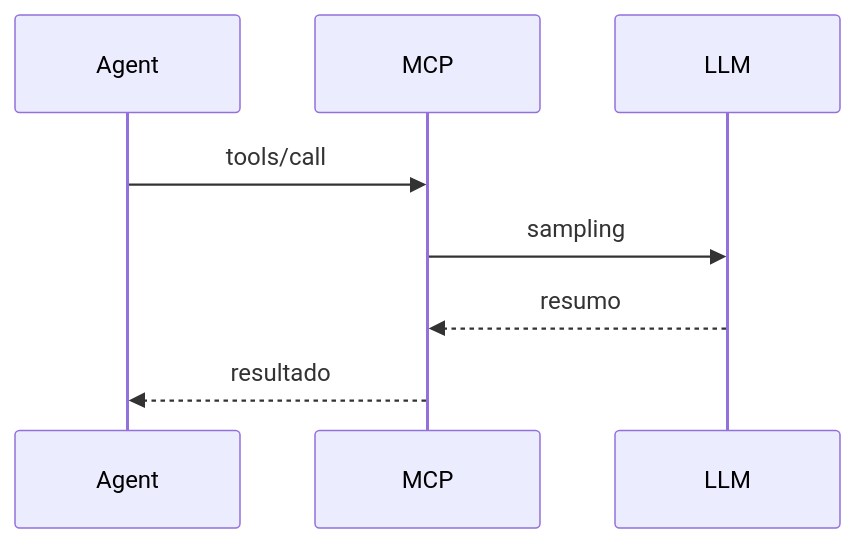
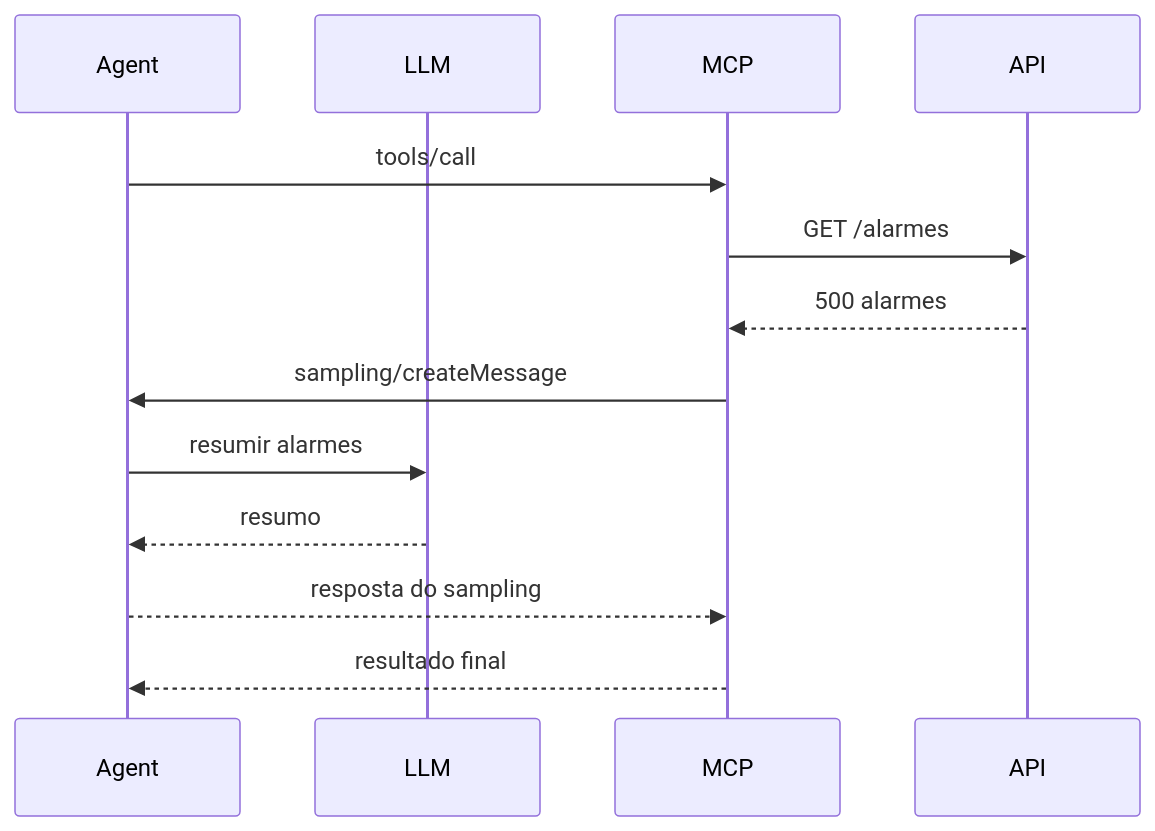
Before and after one commit to estaleiroweb/book: the third of 4 diagrams in TI/IA/MCP/capabilities.md, drawn with Mermaid. The commit also changed other lines of this file, not shown here.

Commit message:
Auto commit:  M TI/IA/MCP/capabilities.md

````diff
--- a/TI/IA/MCP/capabilities.md
+++ b/TI/IA/MCP/capabilities.md
@@ -258,11 +272,16 @@
-```mermaid
-sequenceDiagram
-   participant Agent
-   participant MCP
-   participant LLM
+    ```mermaid
+    sequenceDiagram
+        participant Agent
+        participant LLM
+        participant MCP
+        participant API
 
-   Agent->>MCP: tools/call
-   MCP->>LLM: sampling
-   LLM-->>MCP: resumo
-   MCP-->>Agent: resultado
-```
+        Agent->>MCP: tools/call
+        MCP->>API: GET /alarmes
+        API-->>MCP: 500 alarmes
+        MCP->>Agent: sampling/createMessage
+        Agent->>LLM: resumir alarmes
+        LLM-->>Agent: resumo
+        Agent-->>MCP: resposta do sampling
+        MCP-->>Agent: resultado final
+    ```
````
